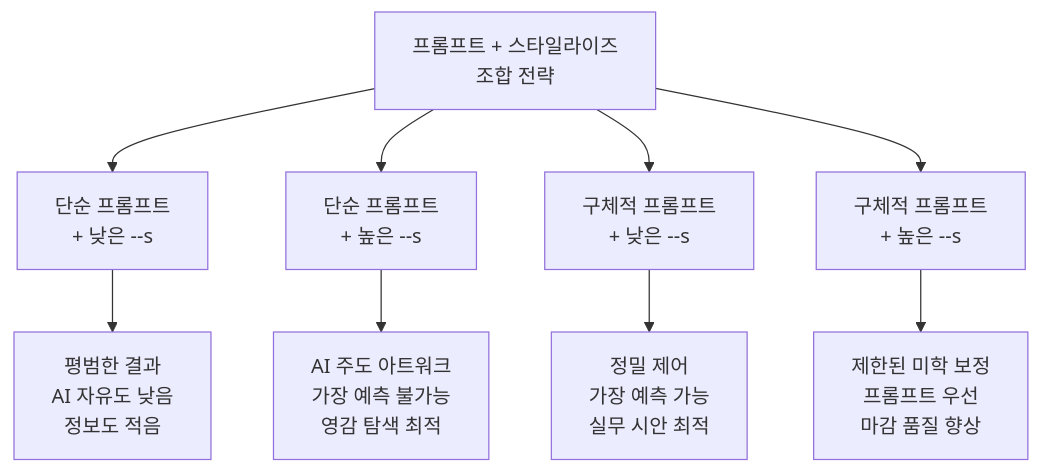
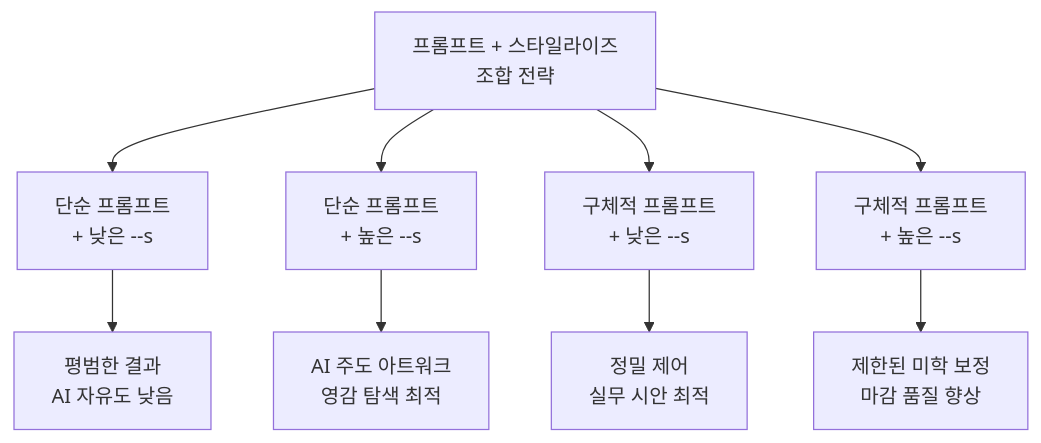
Before and after one commit to jsonpassion/forge-tutorial-promptcanvas: the third of 3 diagrams in 05-ch5-midjourney-기본과-파라미터-튜닝/03-03-스타일라이즈--stylize와-미학-제어.md, drawn with Mermaid. The commit also changed other lines of this file and 63 other files, not shown here.

````diff
--- a/05-ch5-midjourney-기본과-파라미터-튜닝/03-03-스타일라이즈--stylize와-미학-제어.md
+++ b/05-ch5-midjourney-기본과-파라미터-튜닝/03-03-스타일라이즈--stylize와-미학-제어.md
@@ -198,11 +146,11 @@
 ```mermaid
-graph TD
+flowchart TD
     A["프롬프트 + 스타일라이즈<br/>조합 전략"] --> B["단순 프롬프트<br/>+ 낮은 --s"]
     A --> C["단순 프롬프트<br/>+ 높은 --s"]
     A --> D["구체적 프롬프트<br/>+ 낮은 --s"]
     A --> E["구체적 프롬프트<br/>+ 높은 --s"]
-    B --> B1["평범한 결과<br/>AI 자유도 낮음<br/>정보도 적음"]
-    C --> C1["AI 주도 아트워크<br/>가장 예측 불가능<br/>영감 탐색 최적"]
-    D --> D1["정밀 제어<br/>가장 예측 가능<br/>실무 시안 최적"]
-    E --> E1["제한된 미학 보정<br/>프롬프트 우선<br/>마감 품질 향상"]
+    B --> B1["평범한 결과<br/>AI 자유도 낮음"]
+    C --> C1["AI 주도 아트워크<br/>영감 탐색 최적"]
+    D --> D1["정밀 제어<br/>실무 시안 최적"]
+    E --> E1["제한된 미학 보정<br/>마감 품질 향상"]
 ```
````
